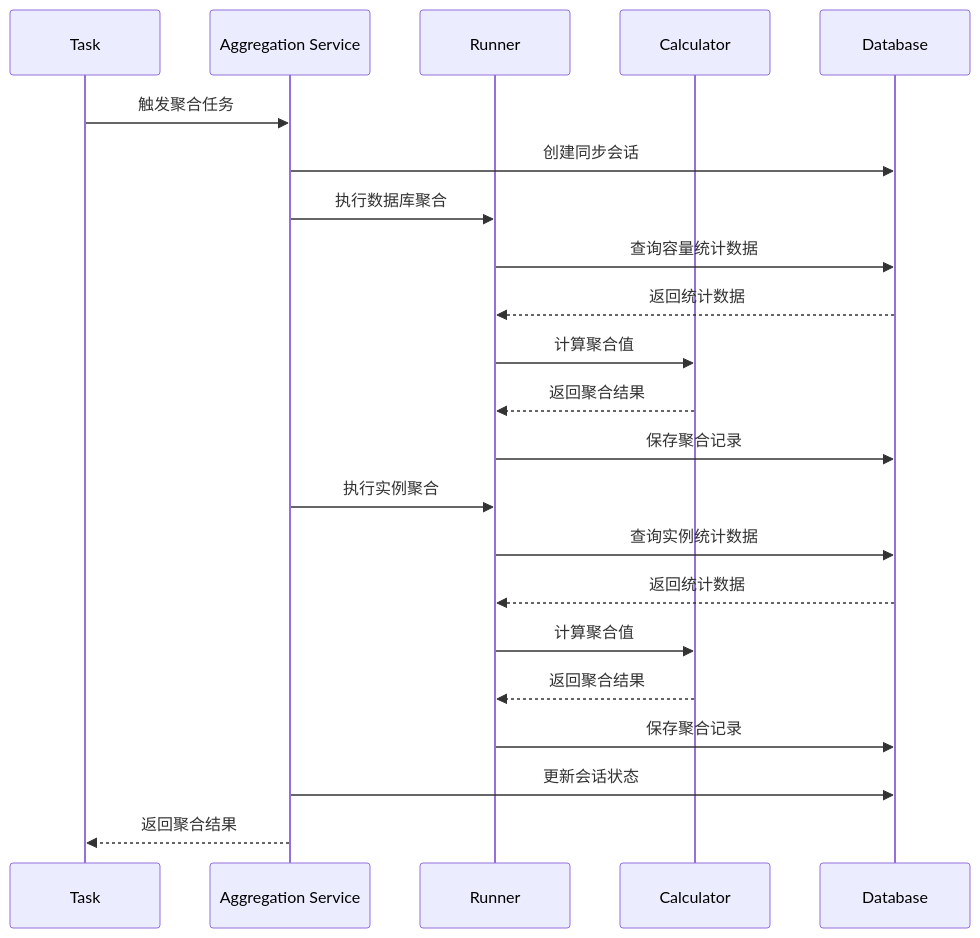
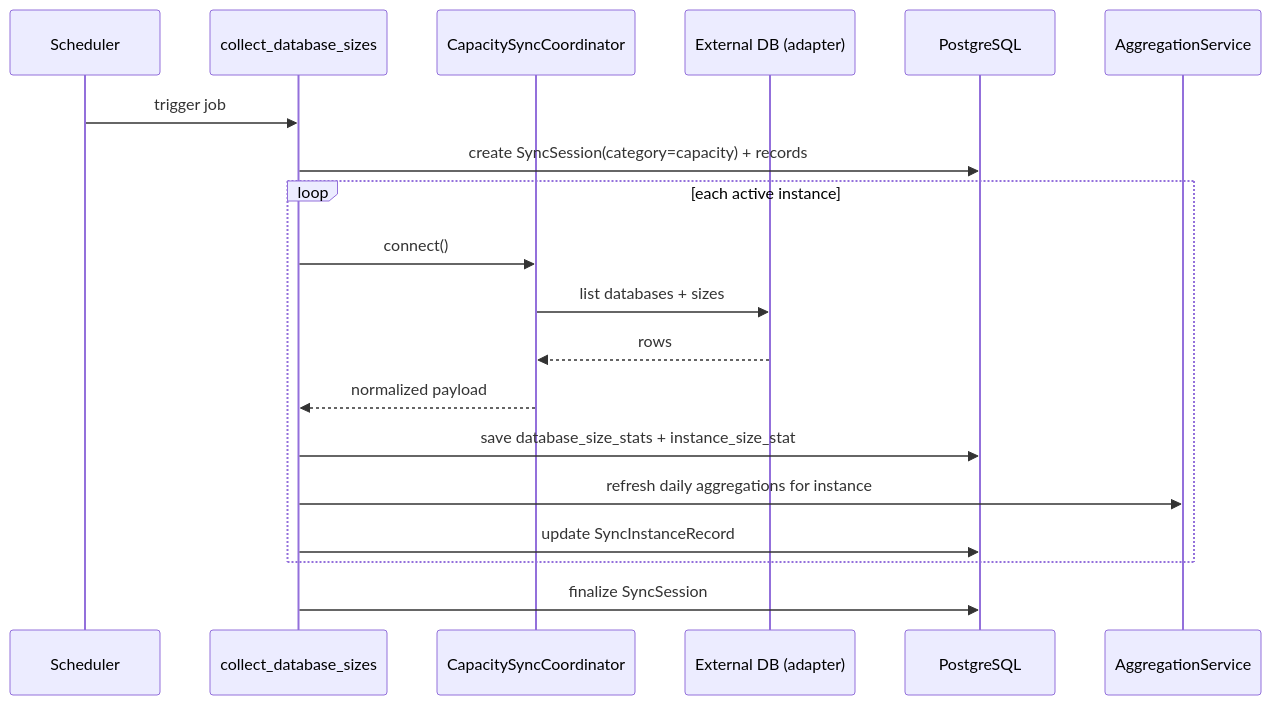
The eighth of 11 diagrams in docs/Obsidian/architecture/spec.md (nyealovey/WhaleFall), drawn with Mermaid before and after one commit. The commit also changed other lines of this file and 23 other files, not shown here.

````diff
--- a/docs/Obsidian/architecture/spec.md
+++ b/docs/Obsidian/architecture/spec.md
@@ -490,25 +307,24 @@
 ```mermaid
 sequenceDiagram
-    participant T as Task
-    participant S as Aggregation Service
-    participant R as Runner
-    participant C as Calculator
-    participant D as Database
+    participant Sch as Scheduler
+    participant Task as collect_database_sizes
+    participant Sync as CapacitySyncCoordinator
+    participant Ext as External DB (adapter)
+    participant DB as PostgreSQL
+    participant Agg as AggregationService
 
-    T->>S: 触发聚合任务
-    S->>D: 创建同步会话
-    S->>R: 执行数据库聚合
-    R->>D: 查询容量统计数据
-    D-->>R: 返回统计数据
-    R->>C: 计算聚合值
-    C-->>R: 返回聚合结果
-    R->>D: 保存聚合记录
-    S->>R: 执行实例聚合
-    R->>D: 查询实例统计数据
-    D-->>R: 返回统计数据
-    R->>C: 计算聚合值
-    C-->>R: 返回聚合结果
-    R->>D: 保存聚合记录
-    S->>D: 更新会话状态
-    S-->>T: 返回聚合结果
+    Sch->>Task: trigger job
+    Task->>DB: create SyncSession(category=capacity) + records
+
+    loop each active instance
+        Task->>Sync: connect()
+        Sync->>Ext: list databases + sizes
+        Ext-->>Sync: rows
+        Sync-->>Task: normalized payload
+        Task->>DB: save database_size_stats + instance_size_stat
+        Task->>Agg: refresh daily aggregations for instance
+        Task->>DB: update SyncInstanceRecord
+    end
+
+    Task->>DB: finalize SyncSession
 ```
````
